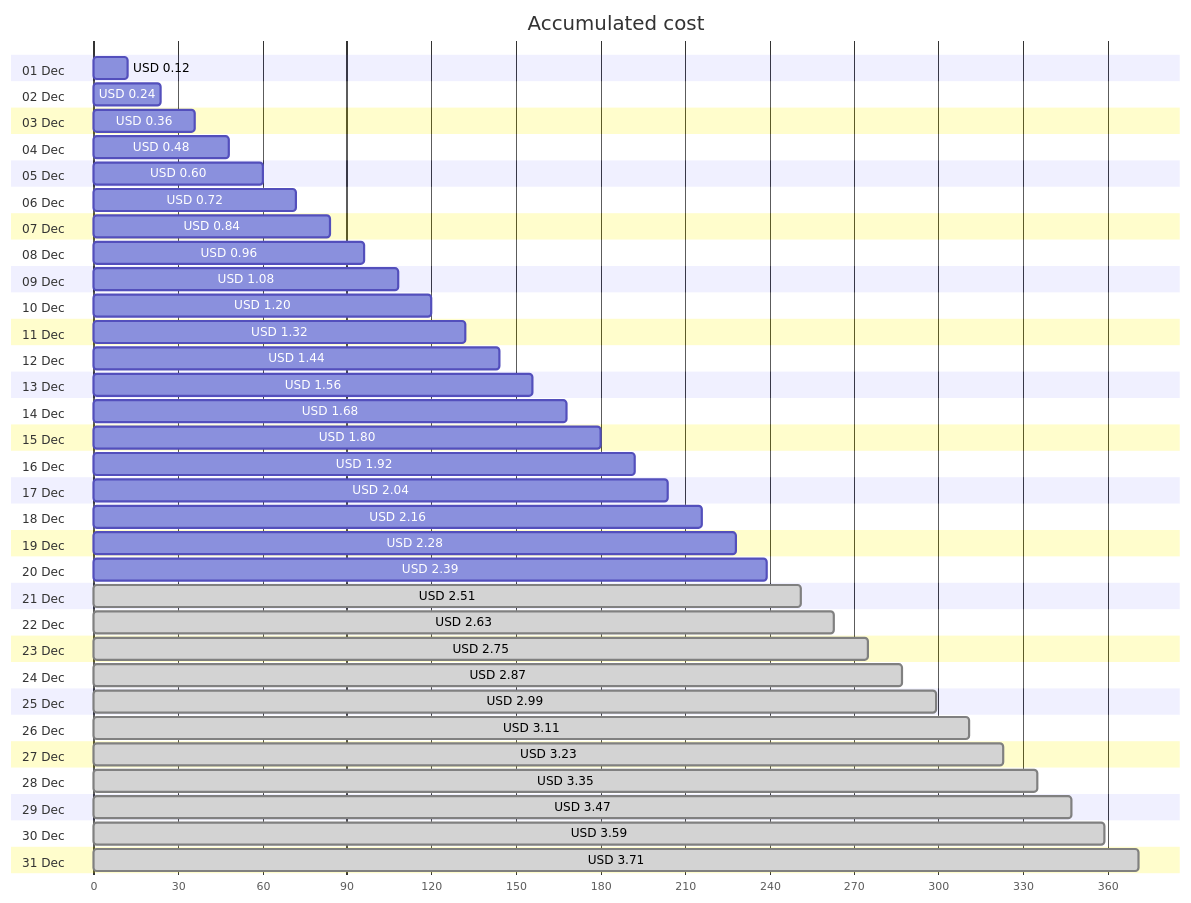
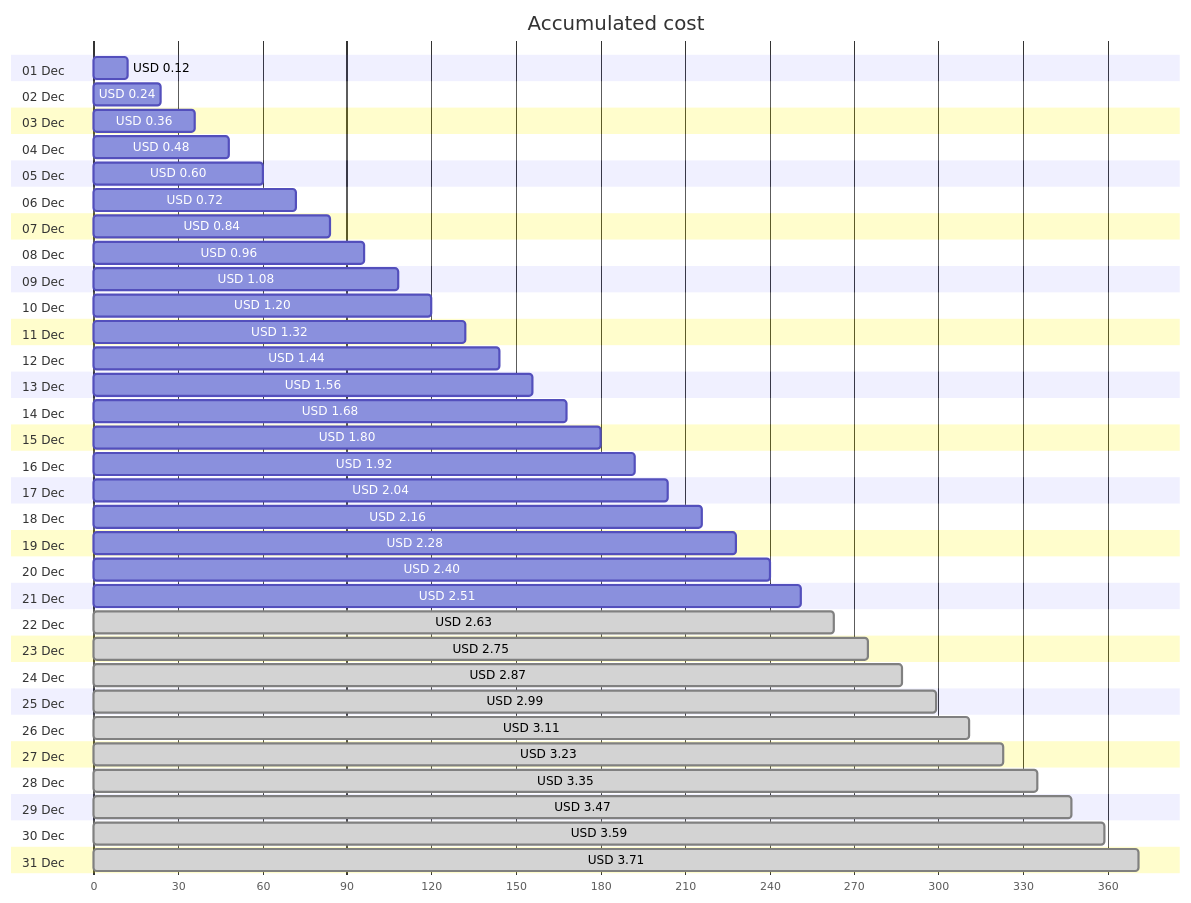
Before and after one commit to jpfulton/azure-personal-reports: the first of 4 diagrams in cost-reports/personal-network/backup-server-public-ip.md, drawn with Mermaid. The commit also changed other lines of this file and 8 other files, not shown here.

````diff
--- a/cost-reports/personal-network/backup-server-public-ip.md
+++ b/cost-reports/personal-network/backup-server-public-ip.md
@@ -20,68 +20,68 @@
 ```mermaid
 gantt
    title Accumulated cost
    dateFormat  X
    axisFormat %s
    section 01 Dec
    USD 0.12 :0, 12
    section 02 Dec
    USD 0.24 :0, 24
    section 03 Dec
    USD 0.36 :0, 36
    section 04 Dec
    USD 0.48 :0, 48
    section 05 Dec
    USD 0.60 :0, 60
    section 06 Dec
    USD 0.72 :0, 72
    section 07 Dec
    USD 0.84 :0, 84
    section 08 Dec
    USD 0.96 :0, 96
    section 09 Dec
    USD 1.08 :0, 108
    section 10 Dec
    USD 1.20 :0, 120
    section 11 Dec
    USD 1.32 :0, 132
    section 12 Dec
    USD 1.44 :0, 144
    section 13 Dec
    USD 1.56 :0, 156
    section 14 Dec
    USD 1.68 :0, 168
    section 15 Dec
    USD 1.80 :0, 180
    section 16 Dec
    USD 1.92 :0, 192
    section 17 Dec
    USD 2.04 :0, 204
    section 18 Dec
    USD 2.16 :0, 216
    section 19 Dec
    USD 2.28 :0, 228
    section 20 Dec
-   USD 2.39 :0, 239
+   USD 2.40 :0, 240
    section 21 Dec
-   USD 2.51 : done, 0, 251
+   USD 2.51 :0, 251
    section 22 Dec
    USD 2.63 : done, 0, 263
    section 23 Dec
    USD 2.75 : done, 0, 275
    section 24 Dec
    USD 2.87 : done, 0, 287
    section 25 Dec
    USD 2.99 : done, 0, 299
    section 26 Dec
    USD 3.11 : done, 0, 311
    section 27 Dec
    USD 3.23 : done, 0, 323
    section 28 Dec
    USD 3.35 : done, 0, 335
    section 29 Dec
    USD 3.47 : done, 0, 347
    section 30 Dec
    USD 3.59 : done, 0, 359
    section 31 Dec
    USD 3.71 : done, 0, 371
 ```
````
